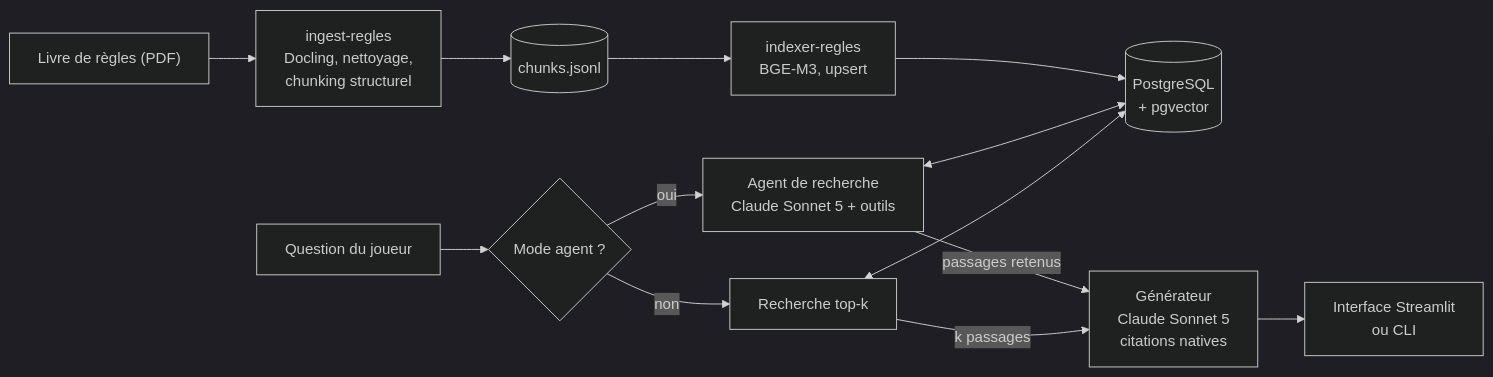
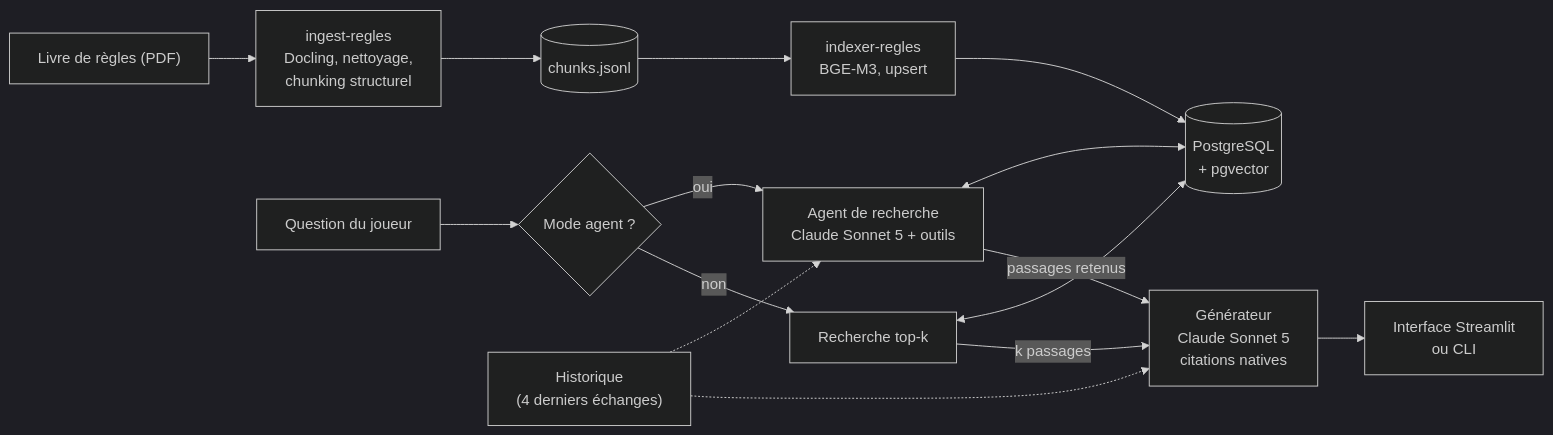
The diagram in README.md (VictorCilleros/assistant-regles-w40k), drawn with Mermaid (dark theme) before and after one commit. The commit also changed other lines of this file, not shown here.

````diff
--- a/README.md
+++ b/README.md
@@ -37,16 +37,18 @@
 ```mermaid
 flowchart LR
     PDF["Livre de règles (PDF)"] --> ING["ingest-regles<br/>Docling, nettoyage,<br/>chunking structurel"]
     ING --> JSONL[("chunks.jsonl")]
     JSONL --> IDX["indexer-regles<br/>BGE-M3, upsert"]
     IDX --> DB[("PostgreSQL<br/>+ pgvector")]
 
     Q["Question du joueur"] --> MODE{"Mode agent ?"}
+    H["Historique<br/>(4 derniers échanges)"] -.-> AG
+    H -.-> GEN
     MODE -- oui --> AG["Agent de recherche<br/>Claude Sonnet 5 + outils"]
     MODE -- non --> TOPK["Recherche top-k"]
     AG <--> DB
     TOPK <--> DB
     AG -- "passages retenus" --> GEN["Générateur<br/>Claude Sonnet 5<br/>citations natives"]
     TOPK -- "k passages" --> GEN
     GEN --> UI["Interface Streamlit<br/>ou CLI"]
 ```
````
